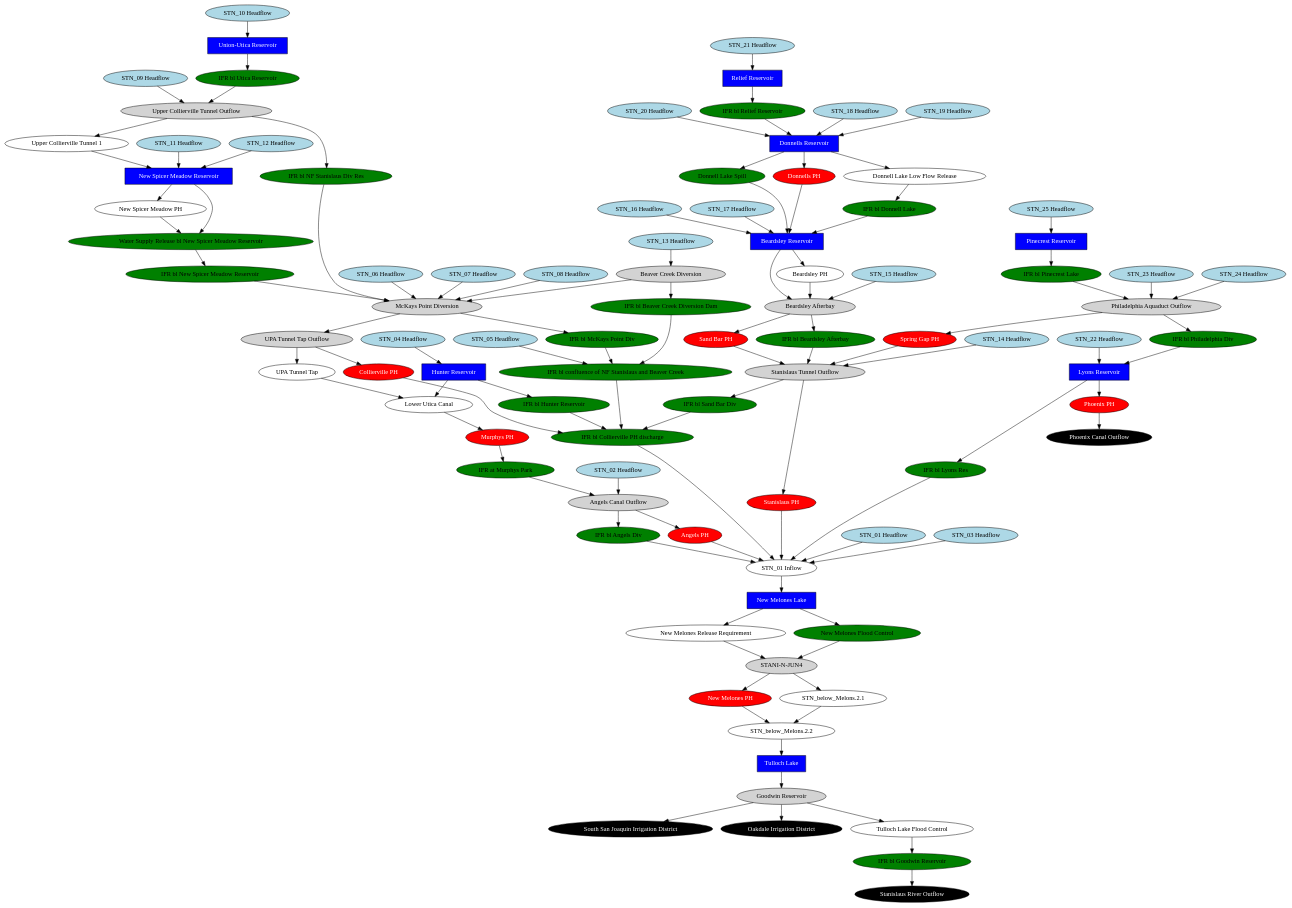
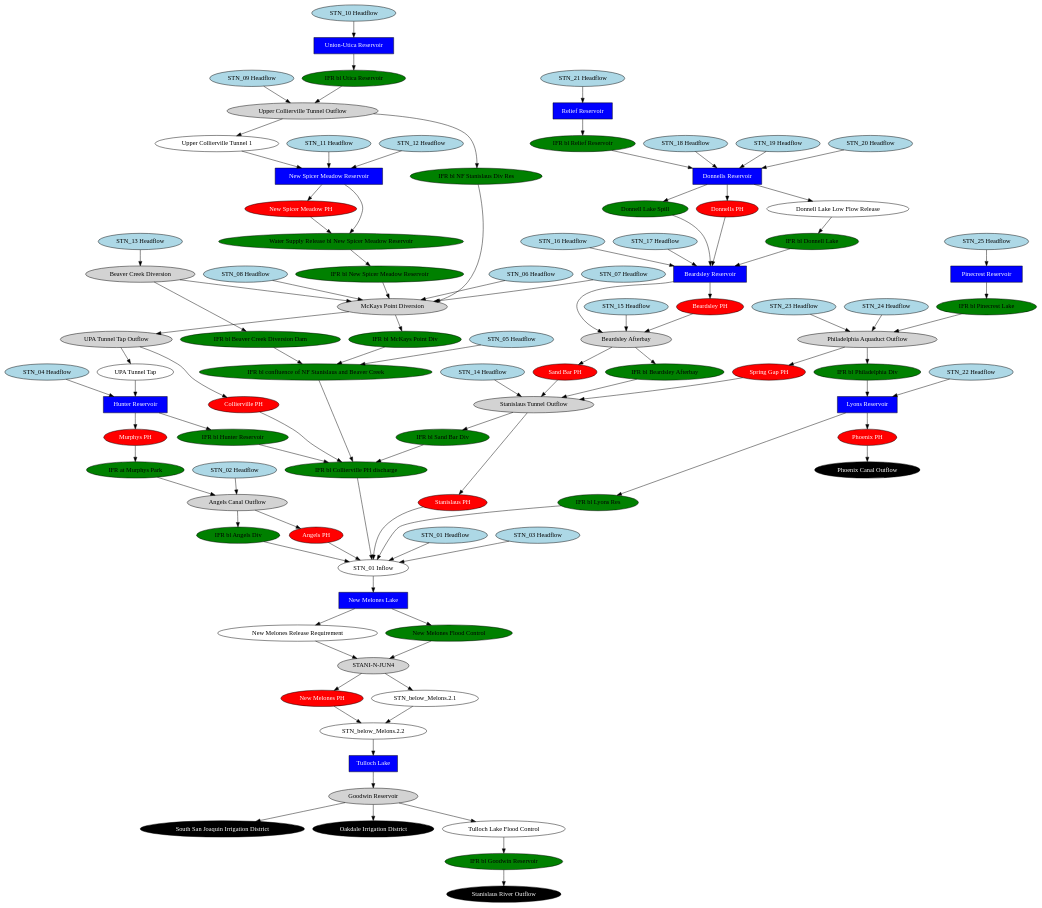
Before and after one commit to vicelab/cen-sierra-pywr: the diagram in schematics/stanislaus_schematic_simplified.gv, drawn with Graphviz. The commit also changed 5 other files, not shown here.

Commit message:
update schematics

```diff
--- a/schematics/stanislaus_schematic_simplified.gv
+++ b/schematics/stanislaus_schematic_simplified.gv
@@ -1,197 +1,195 @@
 // stanislaus
 digraph stanislaus {
 	"Angels PH" [fillcolor=red fontcolor=white shape=oval style=filled]
 	"Angels Canal Outflow" [fillcolor=lightgrey fontcolor=black shape=oval style=filled]
 	"Beardsley Reservoir" [fillcolor=blue fontcolor=white shape=rect style=filled]
-	"Beardsley PH" [fillcolor=white fontcolor=black shape=oval style=filled]
+	"Beardsley PH" [fillcolor=red fontcolor=white shape=oval style=filled]
 	"Beaver Creek Diversion" [fillcolor=lightgrey fontcolor=black shape=oval style=filled]
 	"Collierville PH" [fillcolor=red fontcolor=white shape=oval style=filled]
 	"Donnells PH" [fillcolor=red fontcolor=white shape=oval style=filled]
 	"Donnells Reservoir" [fillcolor=blue fontcolor=white shape=rect style=filled]
 	"Donnell Lake Low Flow Release" [fillcolor=white fontcolor=black shape=oval style=filled]
 	"IFR bl Angels Div" [fillcolor=green fontcolor=black shape=oval style=filled]
 	"IFR bl Collierville PH discharge" [fillcolor=green fontcolor=black shape=oval style=filled]
 	"IFR at Murphys Park" [fillcolor=green fontcolor=black shape=oval style=filled]
 	"IFR bl Donnell Lake" [fillcolor=green fontcolor=black shape=oval style=filled]
 	"IFR bl Hunter Reservoir" [fillcolor=green fontcolor=black shape=oval style=filled]
 	"IFR bl Lyons Res" [fillcolor=green fontcolor=black shape=oval style=filled]
 	"IFR bl McKays Point Div" [fillcolor=green fontcolor=black shape=oval style=filled]
 	"Water Supply Release bl New Spicer Meadow Reservoir" [fillcolor=green fontcolor=black shape=oval style=filled]
 	"IFR bl New Spicer Meadow Reservoir" [fillcolor=green fontcolor=black shape=oval style=filled]
 	"IFR bl Philadelphia Div" [fillcolor=green fontcolor=black shape=oval style=filled]
 	"IFR bl Relief Reservoir" [fillcolor=green fontcolor=black shape=oval style=filled]
 	"IFR bl Sand Bar Div" [fillcolor=green fontcolor=black shape=oval style=filled]
 	"IFR bl NF Stanislaus Div Res" [fillcolor=green fontcolor=black shape=oval style=filled]
 	"IFR bl Beaver Creek Diversion Dam" [fillcolor=green fontcolor=black shape=oval style=filled]
 	"IFR bl confluence of NF Stanislaus and Beaver Creek" [fillcolor=green fontcolor=black shape=oval style=filled]
 	"IFR bl Goodwin Reservoir" [fillcolor=green fontcolor=black shape=oval style=filled]
 	"IFR bl Pinecrest Lake" [fillcolor=green fontcolor=black shape=oval style=filled]
 	"IFR bl Utica Reservoir" [fillcolor=green fontcolor=black shape=oval style=filled]
 	"IFR bl Beardsley Afterbay" [fillcolor=green fontcolor=black shape=oval style=filled]
 	"Hunter Reservoir" [fillcolor=blue fontcolor=white shape=rect style=filled]
 	"Lyons Reservoir" [fillcolor=blue fontcolor=white shape=rect style=filled]
 	"McKays Point Diversion" [fillcolor=lightgrey fontcolor=black shape=oval style=filled]
 	"Murphys PH" [fillcolor=red fontcolor=white shape=oval style=filled]
 	"New Melones Lake" [fillcolor=blue fontcolor=white shape=rect style=filled]
 	"New Melones PH" [fillcolor=red fontcolor=white shape=oval style=filled]
 	"New Spicer Meadow Reservoir" [fillcolor=blue fontcolor=white shape=rect style=filled]
-	"New Spicer Meadow PH" [fillcolor=white fontcolor=black shape=oval style=filled]
+	"New Spicer Meadow PH" [fillcolor=red fontcolor=white shape=oval style=filled]
 	"Philadelphia Aquaduct Outflow" [fillcolor=lightgrey fontcolor=black shape=oval style=filled]
 	"Phoenix Canal Outflow" [fillcolor=black fontcolor=white shape=oval style=filled]
 	"Phoenix PH" [fillcolor=red fontcolor=white shape=oval style=filled]
 	"Pinecrest Reservoir" [fillcolor=blue fontcolor=white shape=rect style=filled]
 	"Relief Reservoir" [fillcolor=blue fontcolor=white shape=rect style=filled]
 	"Sand Bar PH" [fillcolor=red fontcolor=white shape=oval style=filled]
 	"Beardsley Afterbay" [fillcolor=lightgrey fontcolor=black shape=oval style=filled]
 	"Spring Gap PH" [fillcolor=red fontcolor=white shape=oval style=filled]
 	"Stanislaus PH" [fillcolor=red fontcolor=white shape=oval style=filled]
 	"Stanislaus Tunnel Outflow" [fillcolor=lightgrey fontcolor=black shape=oval style=filled]
 	"South San Joaquin Irrigation District" [fillcolor=black fontcolor=white shape=oval style=filled]
 	"Oakdale Irrigation District" [fillcolor=black fontcolor=white shape=oval style=filled]
 	"Stanislaus River Outflow" [fillcolor=black fontcolor=white shape=oval style=filled]
 	"STN_01 Headflow" [fillcolor=lightblue fontcolor=black shape=oval style=filled]
 	"STN_01 Inflow" [fillcolor=white fontcolor=black shape=oval style=filled]
 	"STN_02 Headflow" [fillcolor=lightblue fontcolor=black shape=oval style=filled]
 	"STN_03 Headflow" [fillcolor=lightblue fontcolor=black shape=oval style=filled]
 	"STN_04 Headflow" [fillcolor=lightblue fontcolor=black shape=oval style=filled]
 	"STN_05 Headflow" [fillcolor=lightblue fontcolor=black shape=oval style=filled]
 	"STN_06 Headflow" [fillcolor=lightblue fontcolor=black shape=oval style=filled]
 	"STN_07 Headflow" [fillcolor=lightblue fontcolor=black shape=oval style=filled]
 	"STN_08 Headflow" [fillcolor=lightblue fontcolor=black shape=oval style=filled]
 	"STN_09 Headflow" [fillcolor=lightblue fontcolor=black shape=oval style=filled]
 	"STN_10 Headflow" [fillcolor=lightblue fontcolor=black shape=oval style=filled]
 	"STN_11 Headflow" [fillcolor=lightblue fontcolor=black shape=oval style=filled]
 	"STN_12 Headflow" [fillcolor=lightblue fontcolor=black shape=oval style=filled]
 	"STN_13 Headflow" [fillcolor=lightblue fontcolor=black shape=oval style=filled]
 	"STN_14 Headflow" [fillcolor=lightblue fontcolor=black shape=oval style=filled]
 	"STN_15 Headflow" [fillcolor=lightblue fontcolor=black shape=oval style=filled]
 	"STN_16 Headflow" [fillcolor=lightblue fontcolor=black shape=oval style=filled]
 	"STN_17 Headflow" [fillcolor=lightblue fontcolor=black shape=oval style=filled]
 	"STN_18 Headflow" [fillcolor=lightblue fontcolor=black shape=oval style=filled]
 	"STN_19 Headflow" [fillcolor=lightblue fontcolor=black shape=oval style=filled]
 	"STN_20 Headflow" [fillcolor=lightblue fontcolor=black shape=oval style=filled]
 	"STN_21 Headflow" [fillcolor=lightblue fontcolor=black shape=oval style=filled]
 	"STN_22 Headflow" [fillcolor=lightblue fontcolor=black shape=oval style=filled]
 	"STN_23 Headflow" [fillcolor=lightblue fontcolor=black shape=oval style=filled]
 	"STN_24 Headflow" [fillcolor=lightblue fontcolor=black shape=oval style=filled]
 	"STN_25 Headflow" [fillcolor=lightblue fontcolor=black shape=oval style=filled]
 	"Tulloch Lake" [fillcolor=blue fontcolor=white shape=rect style=filled]
 	"Tulloch Lake Flood Control" [fillcolor=white fontcolor=black shape=oval style=filled]
 	"Donnell Lake Spill" [fillcolor=green fontcolor=black shape=oval style=filled]
 	"Goodwin Reservoir" [fillcolor=lightgrey fontcolor=black shape=oval style=filled]
 	"Union-Utica Reservoir" [fillcolor=blue fontcolor=white shape=rect style=filled]
-	"Lower Utica Canal" [fillcolor=white fontcolor=black shape=oval style=filled]
 	"UPA Tunnel Tap" [fillcolor=white fontcolor=black shape=oval style=filled]
 	"UPA Tunnel Tap Outflow" [fillcolor=lightgrey fontcolor=black shape=oval style=filled]
 	"Upper Collierville Tunnel Outflow" [fillcolor=lightgrey fontcolor=black shape=oval style=filled]
 	"Upper Collierville Tunnel 1" [fillcolor=white fontcolor=black shape=oval style=filled]
 	"New Melones Release Requirement" [fillcolor=white fontcolor=black shape=oval style=filled]
 	"New Melones Flood Control" [fillcolor=green fontcolor=black shape=oval style=filled]
 	"STN_below_Melons.2.1" [fillcolor=white fontcolor=black shape=oval style=filled]
 	"STN_below_Melons.2.2" [fillcolor=white fontcolor=black shape=oval style=filled]
 	"STANI-N-JUN4" [fillcolor=lightgrey fontcolor=black shape=oval style=filled]
 	"Angels Canal Outflow" -> "Angels PH"
 	"Angels Canal Outflow" -> "IFR bl Angels Div"
 	"Donnells Reservoir" -> "Donnells PH"
 	"Donnells Reservoir" -> "Donnell Lake Low Flow Release"
 	"Donnell Lake Low Flow Release" -> "IFR bl Donnell Lake"
 	"Donnells Reservoir" -> "Donnell Lake Spill"
 	"Upper Collierville Tunnel Outflow" -> "IFR bl NF Stanislaus Div Res"
 	"McKays Point Diversion" -> "UPA Tunnel Tap Outflow"
 	"Hunter Reservoir" -> "IFR bl Hunter Reservoir"
 	"Water Supply Release bl New Spicer Meadow Reservoir" -> "IFR bl New Spicer Meadow Reservoir"
 	"New Spicer Meadow Reservoir" -> "New Spicer Meadow PH"
 	"Philadelphia Aquaduct Outflow" -> "Spring Gap PH"
 	"Pinecrest Reservoir" -> "IFR bl Pinecrest Lake"
 	"Relief Reservoir" -> "IFR bl Relief Reservoir"
 	"Beardsley Afterbay" -> "Sand Bar PH"
 	"Stanislaus Tunnel Outflow" -> "Stanislaus PH"
 	"STN_01 Headflow" -> "STN_01 Inflow"
 	"McKays Point Diversion" -> "IFR bl McKays Point Div"
 	"Union-Utica Reservoir" -> "IFR bl Utica Reservoir"
 	"Beardsley Afterbay" -> "IFR bl Beardsley Afterbay"
 	"Beardsley Reservoir" -> "Beardsley PH"
 	"UPA Tunnel Tap Outflow" -> "UPA Tunnel Tap"
-	"Lower Utica Canal" -> "Murphys PH"
+	"UPA Tunnel Tap" -> "Hunter Reservoir"
 	"UPA Tunnel Tap Outflow" -> "Collierville PH"
 	"Stanislaus Tunnel Outflow" -> "IFR bl Sand Bar Div"
 	"Lyons Reservoir" -> "IFR bl Lyons Res"
 	"Goodwin Reservoir" -> "Oakdale Irrigation District"
 	"Goodwin Reservoir" -> "South San Joaquin Irrigation District"
 	"Goodwin Reservoir" -> "Tulloch Lake Flood Control"
 	"Tulloch Lake Flood Control" -> "IFR bl Goodwin Reservoir"
 	"New Melones Lake" -> "New Melones Release Requirement"
 	"STANI-N-JUN4" -> "STN_below_Melons.2.1"
 	"STN_01 Inflow" -> "New Melones Lake"
 	"Upper Collierville Tunnel Outflow" -> "Upper Collierville Tunnel 1"
 	"Angels PH" -> "STN_01 Inflow"
 	"IFR bl Angels Div" -> "STN_01 Inflow"
 	"IFR bl Beaver Creek Diversion Dam" -> "IFR bl confluence of NF Stanislaus and Beaver Creek"
 	"Beaver Creek Diversion" -> "IFR bl Beaver Creek Diversion Dam"
 	"Beaver Creek Diversion" -> "McKays Point Diversion"
 	"Phoenix PH" -> "Phoenix Canal Outflow"
 	"New Spicer Meadow Reservoir" -> "Water Supply Release bl New Spicer Meadow Reservoir"
 	"New Spicer Meadow PH" -> "Water Supply Release bl New Spicer Meadow Reservoir"
 	"Murphys PH" -> "IFR at Murphys Park"
 	"IFR bl Sand Bar Div" -> "IFR bl Collierville PH discharge"
 	"IFR bl Hunter Reservoir" -> "IFR bl Collierville PH discharge"
 	"IFR bl confluence of NF Stanislaus and Beaver Creek" -> "IFR bl Collierville PH discharge"
 	"Sand Bar PH" -> "Stanislaus Tunnel Outflow"
 	"Philadelphia Aquaduct Outflow" -> "IFR bl Philadelphia Div"
 	"IFR bl Lyons Res" -> "STN_01 Inflow"
 	"IFR bl Goodwin Reservoir" -> "Stanislaus River Outflow"
 	"STN_02 Headflow" -> "Angels Canal Outflow"
 	"IFR at Murphys Park" -> "Angels Canal Outflow"
 	"IFR bl Collierville PH discharge" -> "STN_01 Inflow"
 	"STN_03 Headflow" -> "STN_01 Inflow"
 	"STN_04 Headflow" -> "Hunter Reservoir"
 	"STN_05 Headflow" -> "IFR bl confluence of NF Stanislaus and Beaver Creek"
 	"IFR bl McKays Point Div" -> "IFR bl confluence of NF Stanislaus and Beaver Creek"
 	"STN_06 Headflow" -> "McKays Point Diversion"
 	"STN_07 Headflow" -> "McKays Point Diversion"
 	"IFR bl New Spicer Meadow Reservoir" -> "McKays Point Diversion"
 	"STN_08 Headflow" -> "McKays Point Diversion"
 	"IFR bl NF Stanislaus Div Res" -> "McKays Point Diversion"
 	"STN_09 Headflow" -> "Upper Collierville Tunnel Outflow"
 	"IFR bl Utica Reservoir" -> "Upper Collierville Tunnel Outflow"
 	"STN_10 Headflow" -> "Union-Utica Reservoir"
 	"STN_11 Headflow" -> "New Spicer Meadow Reservoir"
 	"STN_13 Headflow" -> "Beaver Creek Diversion"
 	"STN_14 Headflow" -> "Stanislaus Tunnel Outflow"
 	"IFR bl Beardsley Afterbay" -> "Stanislaus Tunnel Outflow"
 	"STN_15 Headflow" -> "Beardsley Afterbay"
 	"Beardsley Reservoir" -> "Beardsley Afterbay"
 	"Beardsley PH" -> "Beardsley Afterbay"
 	"STN_16 Headflow" -> "Beardsley Reservoir"
 	"STN_17 Headflow" -> "Beardsley Reservoir"
 	"Donnell Lake Spill" -> "Beardsley Reservoir"
 	"IFR bl Donnell Lake" -> "Beardsley Reservoir"
 	"STN_18 Headflow" -> "Donnells Reservoir"
 	"STN_19 Headflow" -> "Donnells Reservoir"
 	"STN_21 Headflow" -> "Relief Reservoir"
 	"IFR bl Philadelphia Div" -> "Lyons Reservoir"
 	"STN_22 Headflow" -> "Lyons Reservoir"
 	"STN_23 Headflow" -> "Philadelphia Aquaduct Outflow"
 	"IFR bl Pinecrest Lake" -> "Philadelphia Aquaduct Outflow"
 	"STN_24 Headflow" -> "Philadelphia Aquaduct Outflow"
 	"STN_25 Headflow" -> "Pinecrest Reservoir"
 	"IFR bl Relief Reservoir" -> "Donnells Reservoir"
 	"STN_20 Headflow" -> "Donnells Reservoir"
-	"Hunter Reservoir" -> "Lower Utica Canal"
-	"UPA Tunnel Tap" -> "Lower Utica Canal"
+	"Hunter Reservoir" -> "Murphys PH"
 	"STN_12 Headflow" -> "New Spicer Meadow Reservoir"
 	"Donnells PH" -> "Beardsley Reservoir"
 	"Upper Collierville Tunnel 1" -> "New Spicer Meadow Reservoir"
 	"Collierville PH" -> "IFR bl Collierville PH discharge"
 	"Stanislaus PH" -> "STN_01 Inflow"
 	"Spring Gap PH" -> "Stanislaus Tunnel Outflow"
 	"Lyons Reservoir" -> "Phoenix PH"
 	"New Melones Lake" -> "New Melones Flood Control"
 	"New Melones Release Requirement" -> "STANI-N-JUN4"
 	"New Melones Flood Control" -> "STANI-N-JUN4"
 	"STANI-N-JUN4" -> "New Melones PH"
 	"Tulloch Lake" -> "Goodwin Reservoir"
 	"STN_below_Melons.2.2" -> "Tulloch Lake"
 	"STN_below_Melons.2.1" -> "STN_below_Melons.2.2"
 	"New Melones PH" -> "STN_below_Melons.2.2"
 }
```
